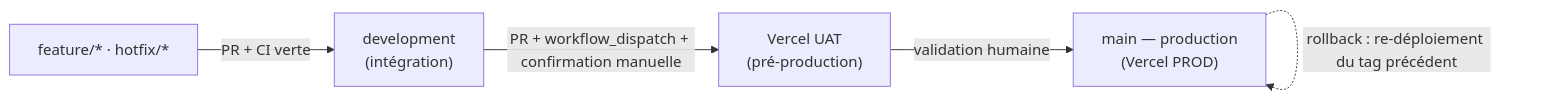
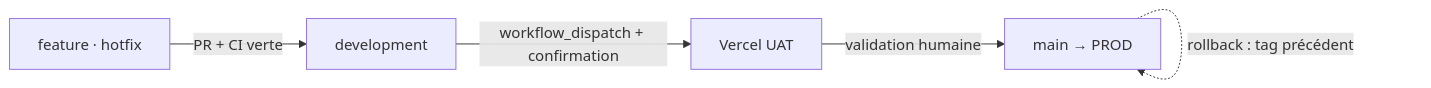
Before and after one commit to Mamoru-fr/AMT-Express: the first of 8 diagrams in documents/dossiers/dossierProjet/v1-complet/dossierProjetRNCP.md, drawn with Mermaid. The commit also changed other lines of this file and 12 other files, not shown here.

````diff
--- a/documents/dossiers/dossierProjet/v1-complet/dossierProjetRNCP.md
+++ b/documents/dossiers/dossierProjet/v1-complet/dossierProjetRNCP.md
@@ -213,7 +213,7 @@
 ```mermaid
 flowchart LR
-    F["feature/* · hotfix/*"] -- "PR + CI verte" --> DEV["development<br/>(intégration)"]
-    DEV -- "PR + workflow_dispatch + confirmation manuelle" --> UAT["Vercel UAT<br/>(pré-production)"]
-    UAT -- "validation humaine" --> MAIN["main — production<br/>(Vercel PROD)"]
-    MAIN -.->|"rollback : re-déploiement du tag précédent"| MAIN
+    F["feature · hotfix"] -- "PR + CI verte" --> DEV["development"]
+    DEV -- "workflow_dispatch + confirmation" --> UAT["Vercel UAT"]
+    UAT -- "validation humaine" --> MAIN["main → PROD"]
+    MAIN -.->|"rollback : tag précédent"| MAIN
 ```
````
